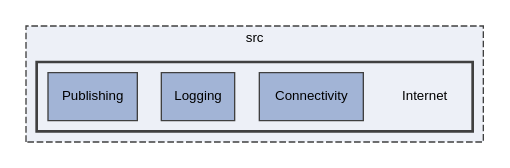
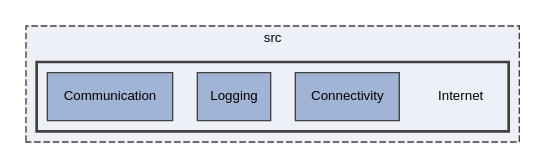
One commit to OPEnSLab-OSU/Loom-V4 changed the diagram in docs/dir_2ecf6838cdc88e20256346192ca19613_dep.dot. Above: the diagram before and after it, drawn with Graphviz. The commit also changed 17 other files, not shown here.

```diff
--- a/docs/dir_2ecf6838cdc88e20256346192ca19613_dep.dot
+++ b/docs/dir_2ecf6838cdc88e20256346192ca19613_dep.dot
@@ -1,17 +1,17 @@
 digraph "src/Internet"
 {
  // LATEX_PDF_SIZE
   edge [fontname="Helvetica",fontsize="10",labelfontname="Helvetica",labelfontsize="10"];
   node [fontname="Helvetica",fontsize="10",shape=record];
   compound=true
   subgraph clusterdir_68267d1309a1af8e8297ef4c3efbcdba {
     graph [ bgcolor="#edf0f7", pencolor="grey25", style="filled,dashed,", label="src", fontname="Helvetica", fontsize="10", URL="dir_68267d1309a1af8e8297ef4c3efbcdba.html"]
   subgraph clusterdir_2ecf6838cdc88e20256346192ca19613 {
     graph [ bgcolor="#edf0f7", pencolor="grey25", style="filled,bold,", label="", fontname="Helvetica", fontsize="10", URL="dir_2ecf6838cdc88e20256346192ca19613.html"]
     dir_2ecf6838cdc88e20256346192ca19613 [shape=plaintext, label="Internet"];
   dir_2db53f29e3207fc442c88818d8da3de8 [shape=box, label="Connectivity", style="filled,", fillcolor="#a2b4d6", color="grey25", URL="dir_2db53f29e3207fc442c88818d8da3de8.html"];
   dir_5c00c6bad077ed70de8a75f0c8a2a3f6 [shape=box, label="Logging", style="filled,", fillcolor="#a2b4d6", color="grey25", URL="dir_5c00c6bad077ed70de8a75f0c8a2a3f6.html"];
-  dir_1ca34cf572c45a642a075944bbe22536 [shape=box, label="Publishing", style="filled,", fillcolor="#a2b4d6", color="grey25", URL="dir_1ca34cf572c45a642a075944bbe22536.html"];
+  dir_1ca34cf572c45a642a075944bbe22536 [shape=box, label="Communication", style="filled,", fillcolor="#a2b4d6", color="grey25", URL="dir_1ca34cf572c45a642a075944bbe22536.html"];
   }
   }
 }
```
